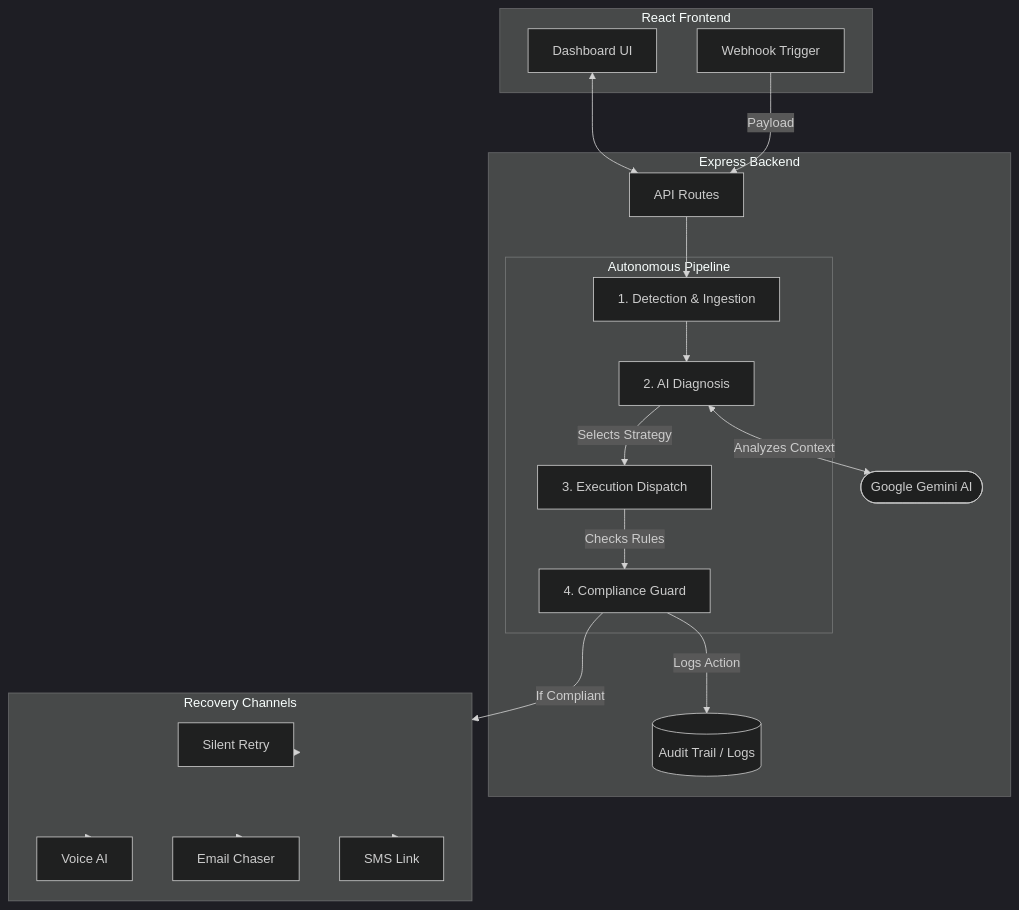
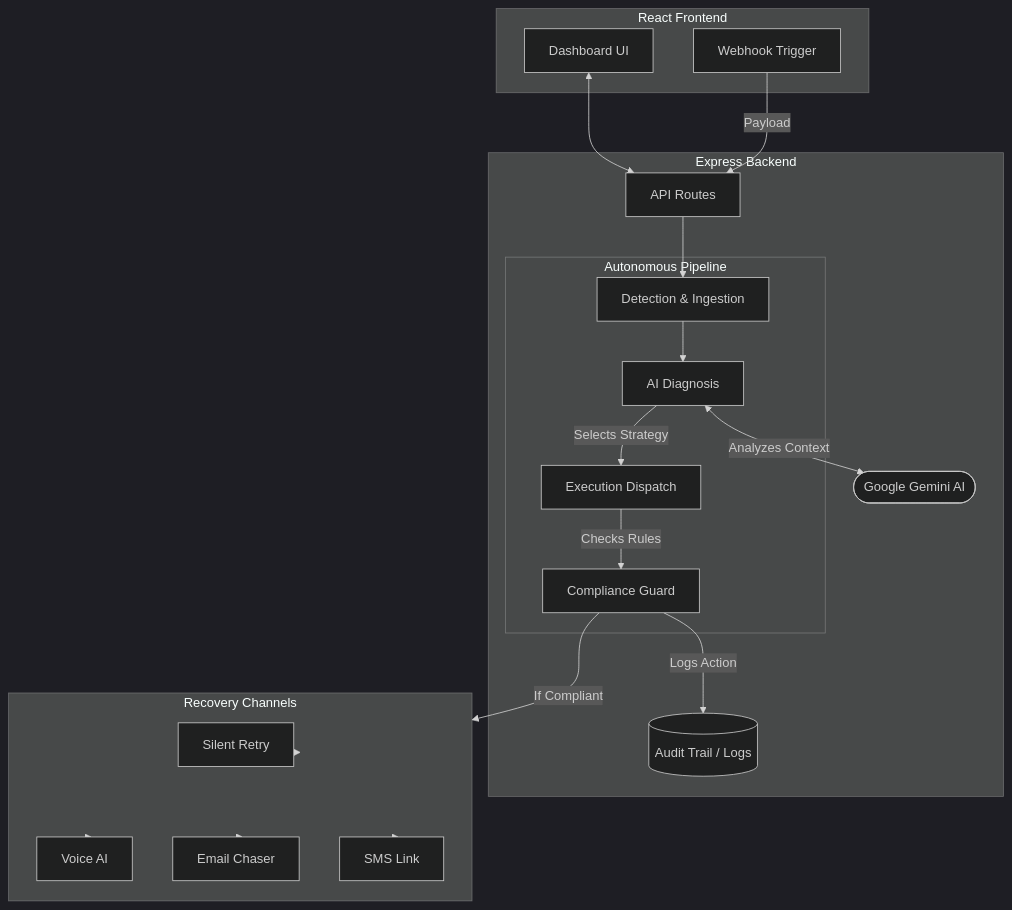
Before and after one commit to PNaganandaSharma/Revenue-Recovery-LLM: the diagram in README.md, drawn with Mermaid (dark theme). The commit also changed other lines of this file and 6 other files, not shown here.

First line of the commit message:
refactor: remove architecture tab and phase labels

````diff
--- a/README.md
+++ b/README.md
@@ -20,44 +20,44 @@
 ```mermaid
 graph TD
     subgraph Frontend [React Frontend]
         UI[Dashboard UI]
         WH[Webhook Trigger]
     end
 
     subgraph Backend [Express Backend]
         API[API Routes]
         
         subgraph Pipeline [Autonomous Pipeline]
-            P1[1. Detection & Ingestion]
-            P2[2. AI Diagnosis]
-            P3[3. Execution Dispatch]
-            P4[4. Compliance Guard]
+            P1[Detection & Ingestion]
+            P2[AI Diagnosis]
+            P3[Execution Dispatch]
+            P4[Compliance Guard]
         end
         
         Gemini([Google Gemini AI])
         DB[(Audit Trail / Logs)]
     end
     
     subgraph Channels [Recovery Channels]
         R1[Silent Retry]
         R2[Voice AI]
         R3[Email Chaser]
         R4[SMS Link]
     end
 
     UI <--> API
     WH -->|Payload| API
     
     API --> P1
     P1 --> P2
     P2 <-->|Analyzes Context| Gemini
     P2 -->|Selects Strategy| P3
     P3 -->|Checks Rules| P4
     P4 -->|Logs Action| DB
     
     P4 -->|If Compliant| Channels
     Channels -.-> R1
     Channels -.-> R2
     Channels -.-> R3
     Channels -.-> R4
 ```
````
